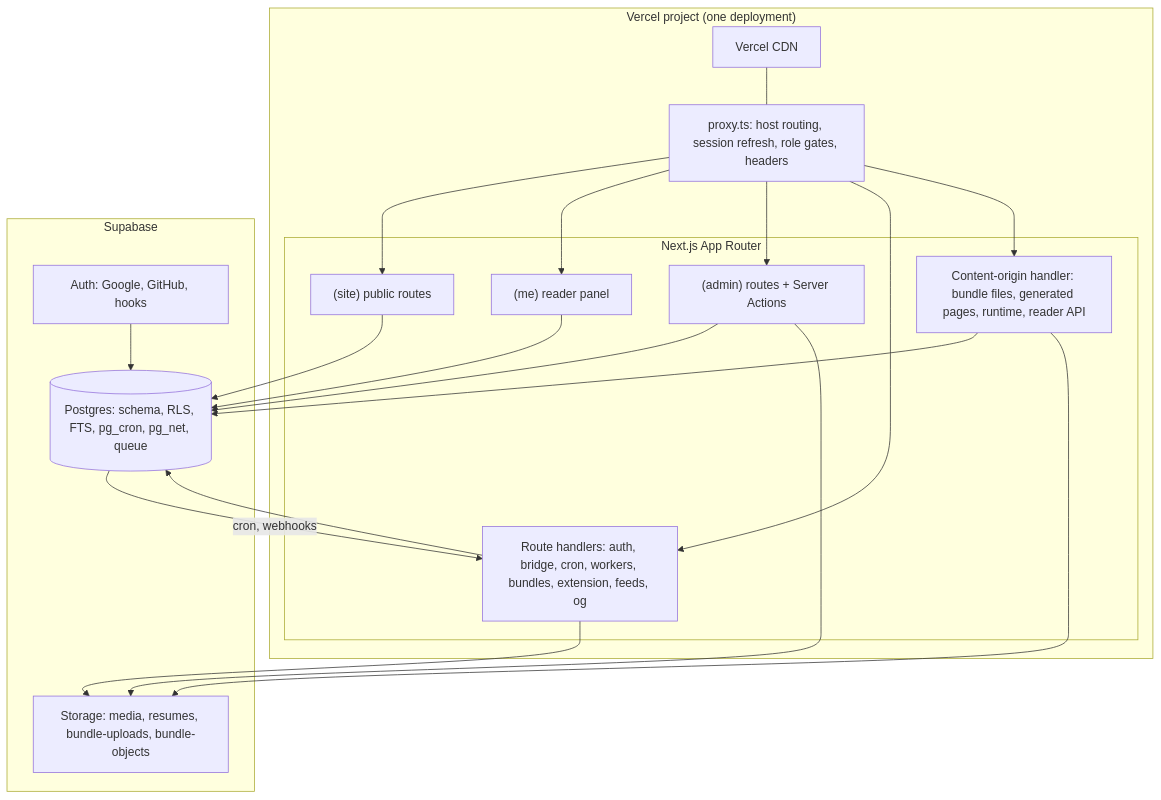
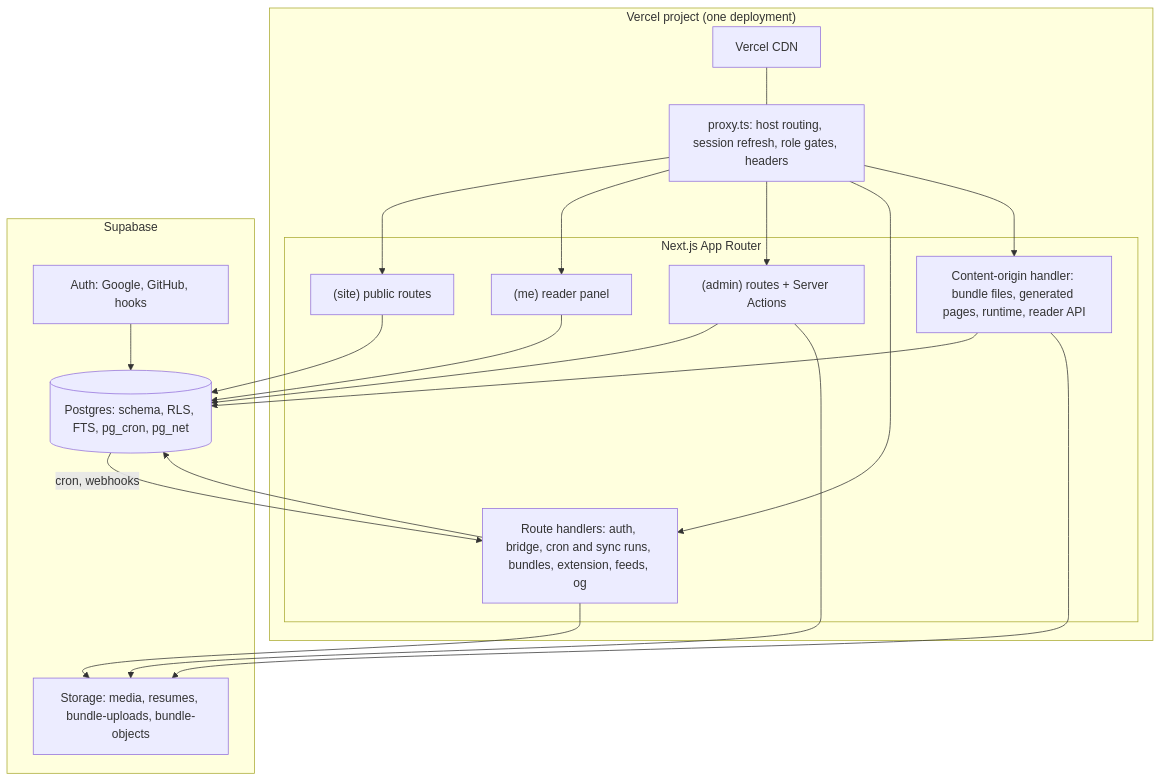
The second of 6 diagrams in docs/06-system-architecture.md (eyasir329/portfolio), drawn with Mermaid before and after one commit. The commit also changed other lines of this file and 24 other files, not shown here.

````diff
--- a/docs/06-system-architecture.md
+++ b/docs/06-system-architecture.md
@@ -46,28 +49,28 @@
 ```mermaid
 flowchart TB
   subgraph Vercel["Vercel project (one deployment)"]
     PX["proxy.ts: host routing, session refresh, role gates, headers"]
     subgraph App["Next.js App Router"]
       PUB["(site) public routes"]
       ME["(me) reader panel"]
       ADM["(admin) routes + Server Actions"]
-      API["Route handlers: auth, bridge, cron, workers, bundles, extension, feeds, og"]
+      API["Route handlers: auth, bridge, cron and sync runs, bundles, extension, feeds, og"]
       CO["Content-origin handler: bundle files, generated pages, runtime, reader API"]
     end
     CDN["Vercel CDN"]
   end
   subgraph Supabase
-    PG[("Postgres: schema, RLS, FTS, pg_cron, pg_net, queue")]
+    PG[("Postgres: schema, RLS, FTS, pg_cron, pg_net")]
     AU["Auth: Google, GitHub, hooks"]
     ST["Storage: media, resumes, bundle-uploads, bundle-objects"]
   end
   PX --> PUB & ME & ADM & API & CO
   PUB --> PG
   ME --> PG
   ADM --> PG & ST
   API --> PG & ST
   CO --> PG & ST
   AU --> PG
   PG -- "cron, webhooks" --> API
   CDN --- PX
 ```
````
